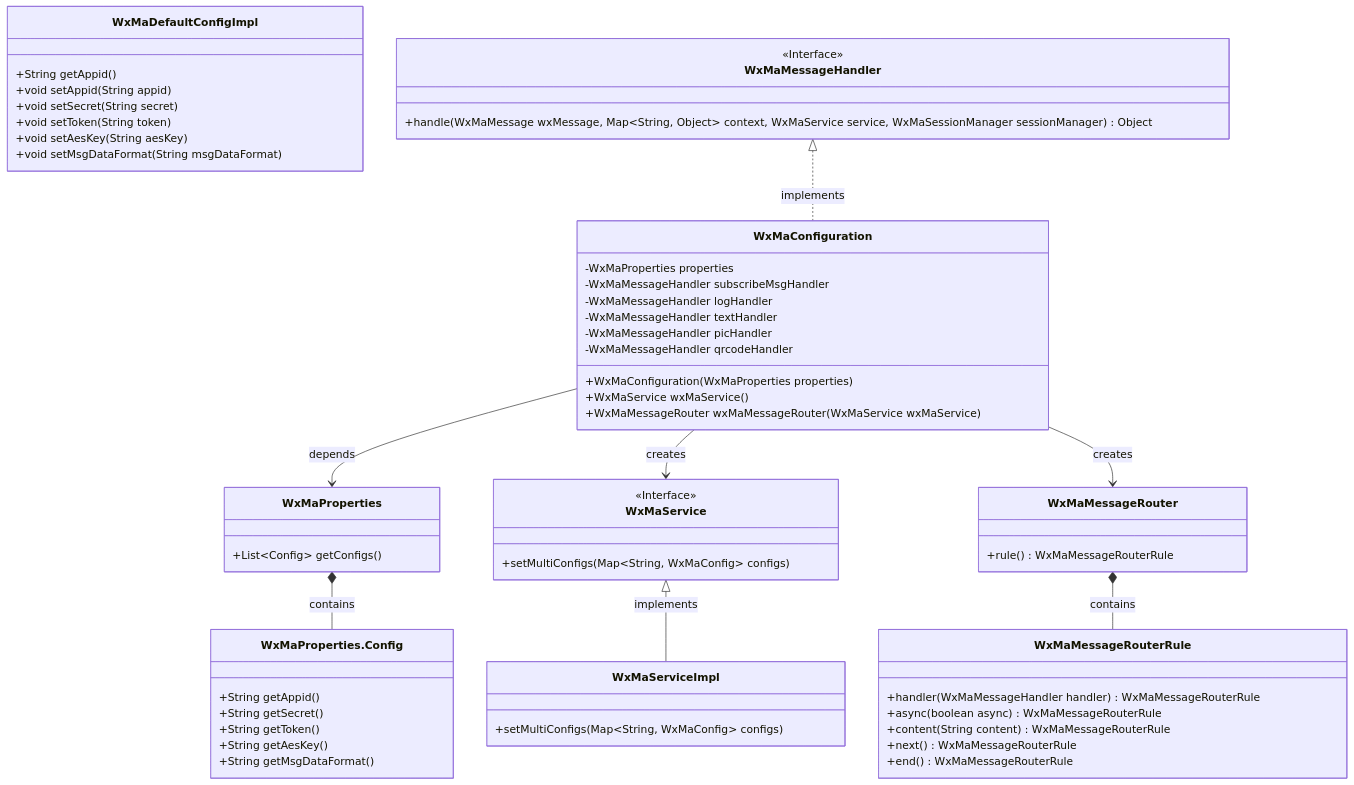
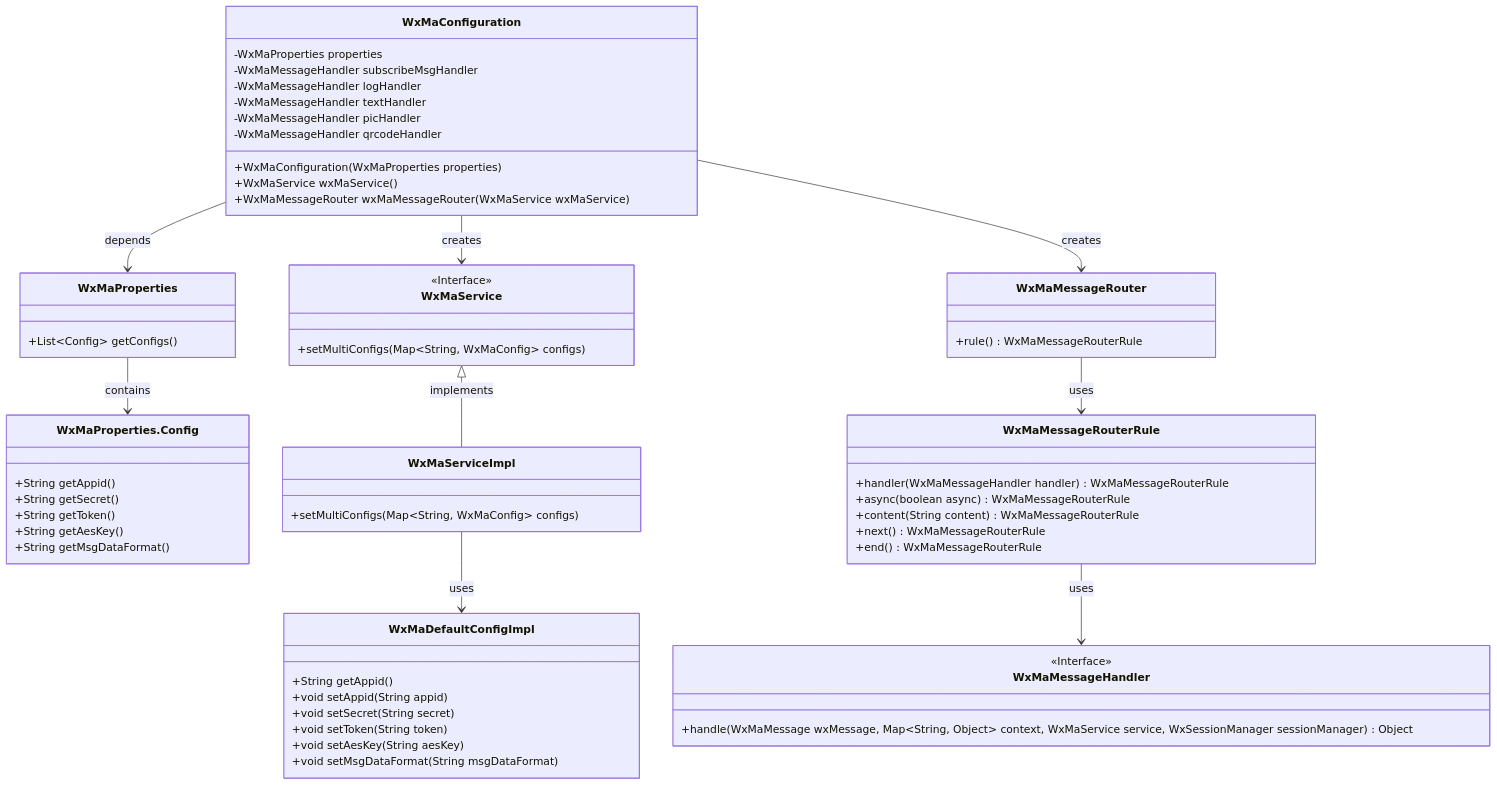
The first of 2 diagrams in docs/en/docs/src/main/java/com/github/binarywang/demo/wx/miniapp/config/WxMaConfiguration.md (v-wjrong/rongwj666_weixin-java-miniapp-demo), drawn with Mermaid before and after one commit. The commit also changed other lines of this file and 46 other files, not shown here.

````diff
--- a/docs/en/docs/src/main/java/com/github/binarywang/demo/wx/miniapp/config/WxMaConfiguration.md
+++ b/docs/en/docs/src/main/java/com/github/binarywang/demo/wx/miniapp/config/WxMaConfiguration.md
@@ -36,69 +36,70 @@
 ```mermaid
 classDiagram
     class WxMaConfiguration {
         -WxMaProperties properties
         -WxMaMessageHandler subscribeMsgHandler
         -WxMaMessageHandler logHandler
         -WxMaMessageHandler textHandler
         -WxMaMessageHandler picHandler
         -WxMaMessageHandler qrcodeHandler
         +WxMaConfiguration(WxMaProperties properties)
         +WxMaService wxMaService()
         +WxMaMessageRouter wxMaMessageRouter(WxMaService wxMaService)
     }
 
     class WxMaProperties {
         +List~Config~ getConfigs()
     }
 
     class WxMaProperties.Config {
         +String getAppid()
         +String getSecret()
         +String getToken()
         +String getAesKey()
         +String getMsgDataFormat()
     }
 
     class WxMaService {
         <<Interface>>
         +setMultiConfigs(Map~String, WxMaConfig~ configs)
     }
 
     class WxMaServiceImpl {
         +setMultiConfigs(Map~String, WxMaConfig~ configs)
     }
 
     class WxMaDefaultConfigImpl {
         +String getAppid()
         +void setAppid(String appid)
         +void setSecret(String secret)
         +void setToken(String token)
         +void setAesKey(String aesKey)
         +void setMsgDataFormat(String msgDataFormat)
     }
 
     class WxMaMessageRouter {
         +rule() WxMaMessageRouterRule
     }
 
     class WxMaMessageRouterRule {
         +handler(WxMaMessageHandler handler) WxMaMessageRouterRule
         +async(boolean async) WxMaMessageRouterRule
         +content(String content) WxMaMessageRouterRule
         +next() WxMaMessageRouterRule
         +end() WxMaMessageRouterRule
     }
 
     class WxMaMessageHandler {
         <<Interface>>
-        +handle(WxMaMessage wxMessage, Map~String, Object~ context, WxMaService service, WxMaSessionManager sessionManager) Object
+        +handle(WxMaMessage wxMessage, Map~String, Object~ context, WxMaService service, WxSessionManager sessionManager) Object
     }
 
     WxMaConfiguration --> WxMaProperties : depends
     WxMaConfiguration --> WxMaService : creates
     WxMaConfiguration --> WxMaMessageRouter : creates
     WxMaService <|-- WxMaServiceImpl : implements
-    WxMaProperties *-- WxMaProperties.Config : contains
-    WxMaMessageRouter *-- WxMaMessageRouterRule : contains
-    WxMaMessageHandler <|.. WxMaConfiguration : implements
+    WxMaProperties --> WxMaProperties.Config : contains
+    WxMaServiceImpl --> WxMaDefaultConfigImpl : uses
+    WxMaMessageRouter --> WxMaMessageRouterRule : uses
+    WxMaMessageRouterRule --> WxMaMessageHandler : uses
 ```
````
